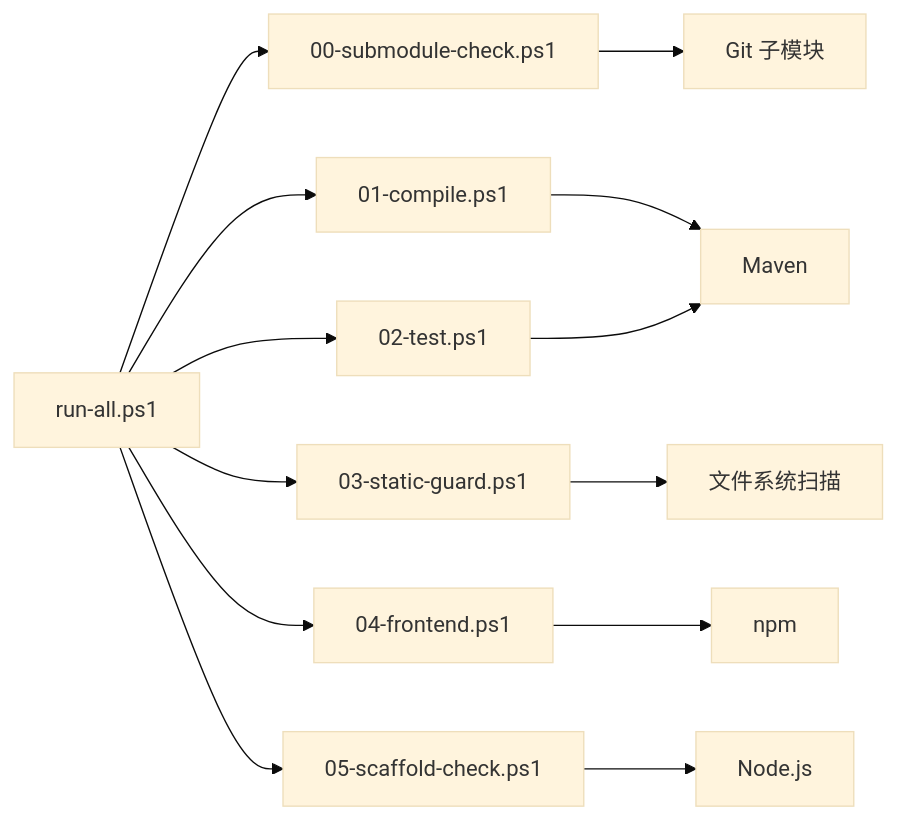
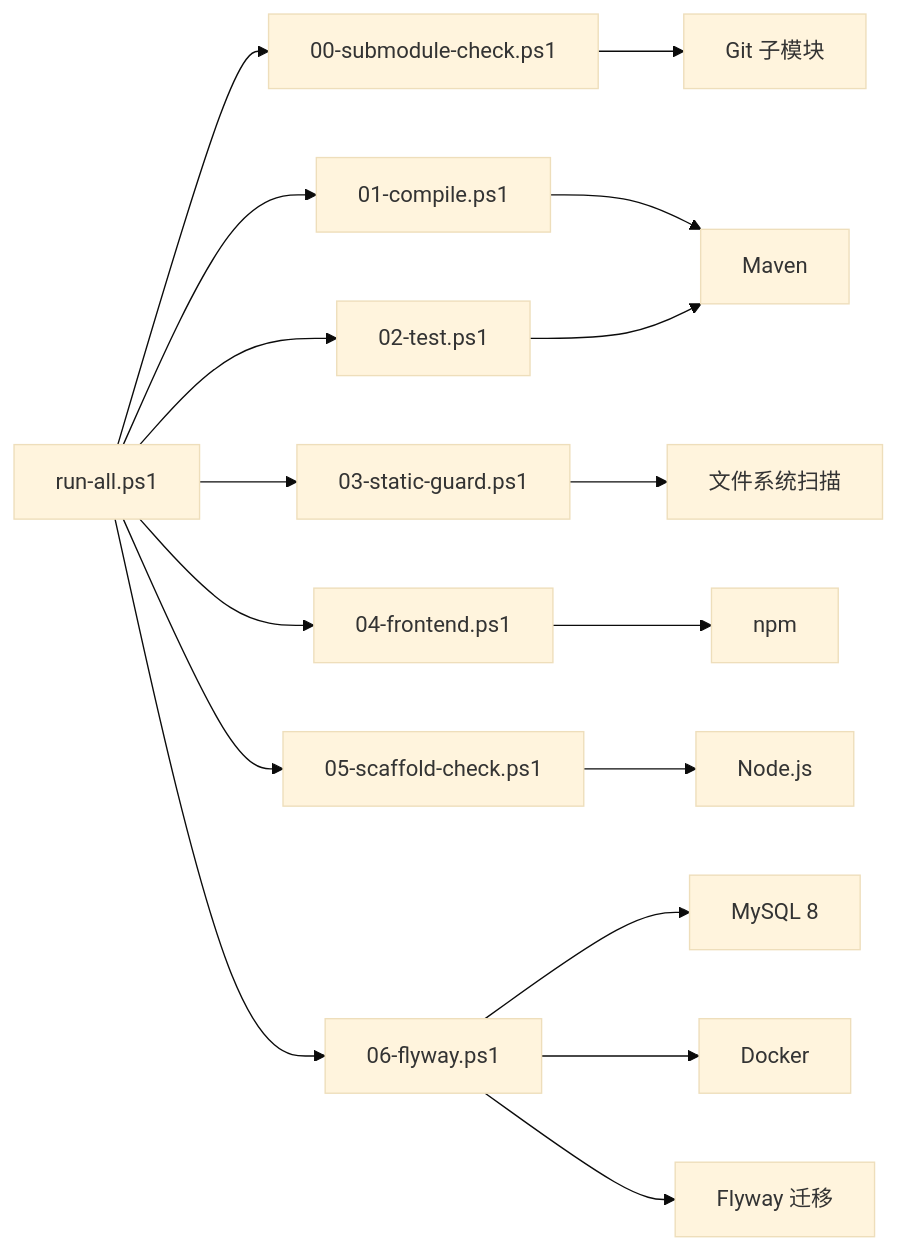
Diagram 13 of 13 in .qoder/repowiki/zh/content/自动化验证/闸门系统概述.md (luyitiger6/my-first-project), drawn with Mermaid (base theme) before and after one commit. The commit also changed other lines of this file and 38 other files, not shown here.

````diff
--- a/.qoder/repowiki/zh/content/自动化验证/闸门系统概述.md
+++ b/.qoder/repowiki/zh/content/自动化验证/闸门系统概述.md
@@ -428,15 +493,19 @@
 ```mermaid
 graph LR
 RunAll["run-all.ps1"] --> Check00["00-submodule-check.ps1"]
 RunAll --> Check01["01-compile.ps1"]
 RunAll --> Check02["02-test.ps1"]
 RunAll --> Check03["03-static-guard.ps1"]
 RunAll --> Check04["04-frontend.ps1"]
 RunAll --> Check05["05-scaffold-check.ps1"]
+RunAll --> Check06["06-flyway.ps1"]
 Check00 --> Git["Git 子模块"]
 Check01 --> Maven["Maven"]
 Check02 --> Maven
 Check03 --> Filesystem["文件系统扫描"]
 Check04 --> NPM["npm"]
 Check05 --> Node["Node.js"]
+Check06 --> MySQL["MySQL 8"]
+Check06 --> Docker["Docker"]
+Check06 --> Migration["Flyway 迁移"]
 ```
````
